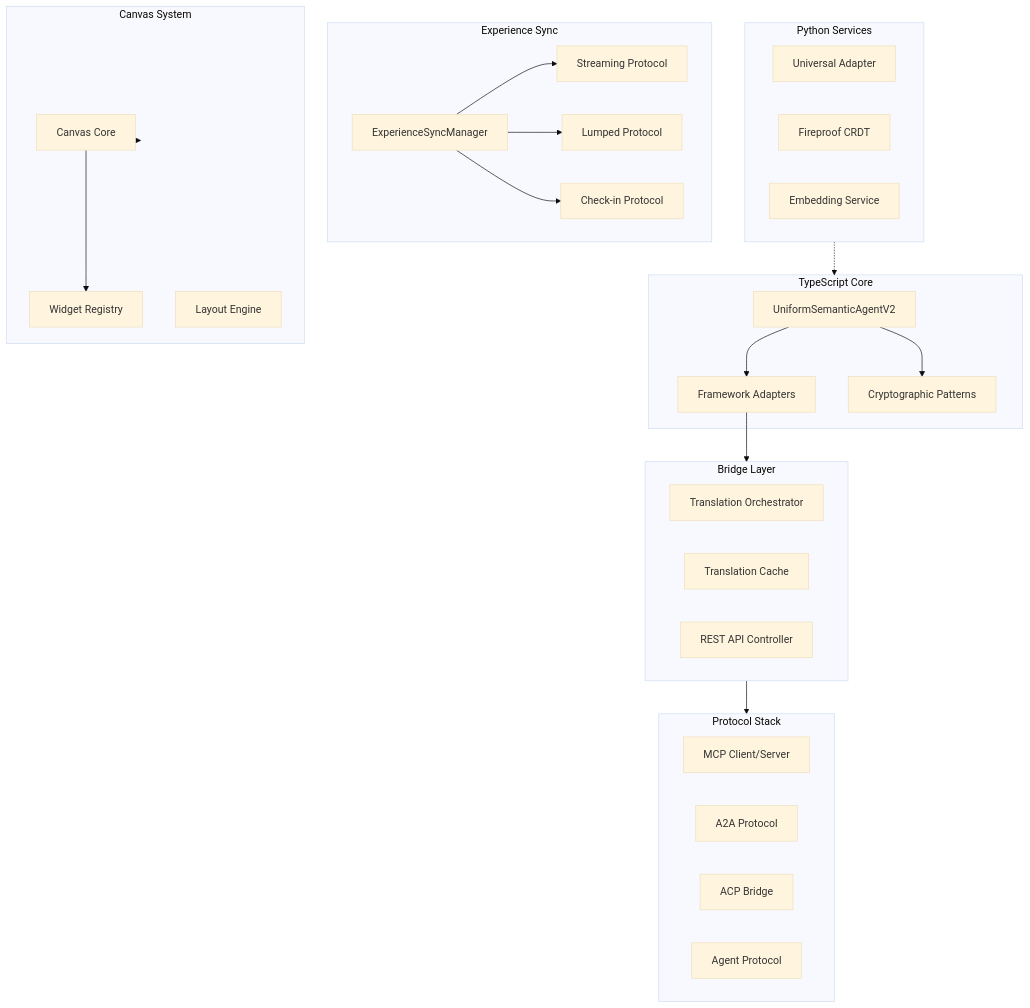
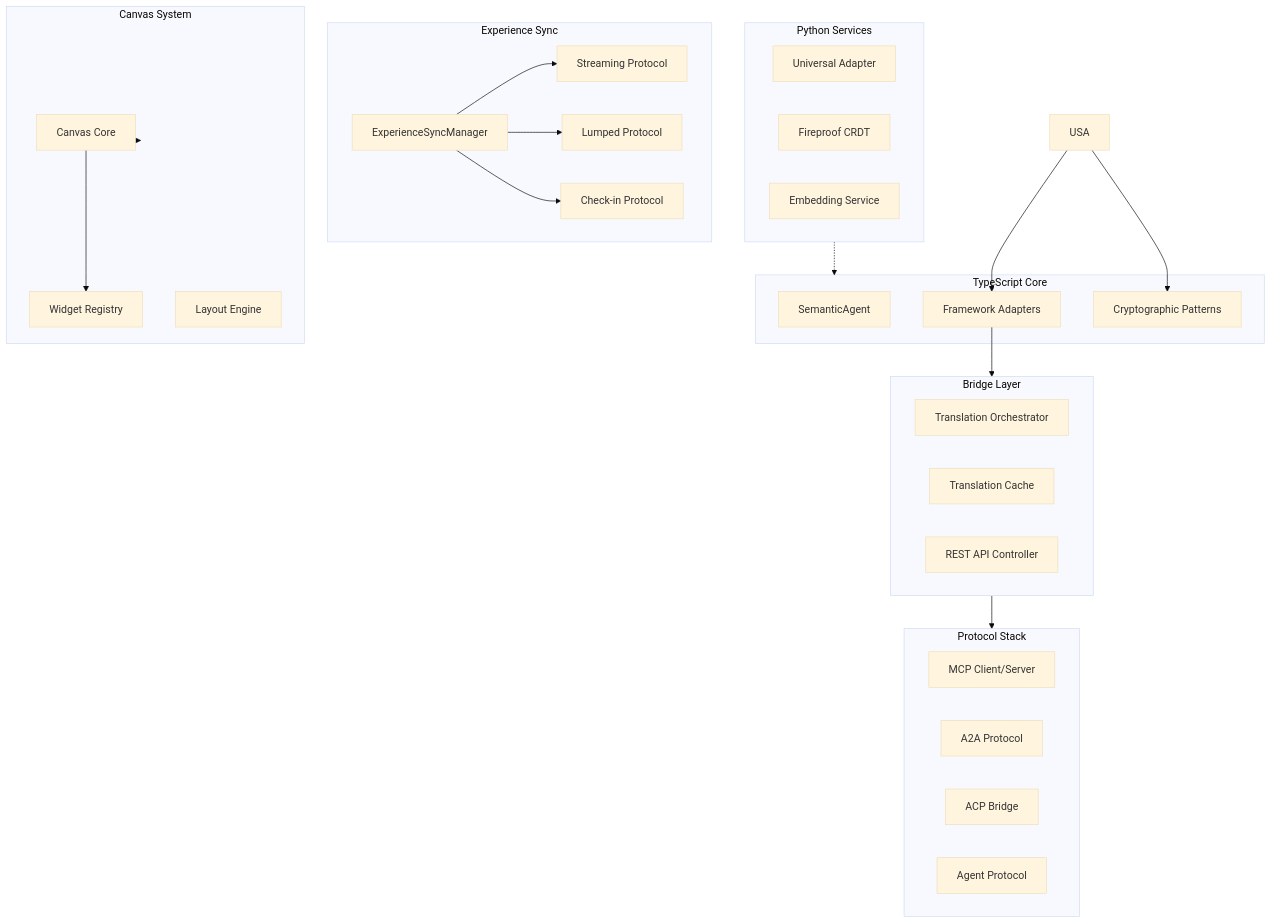
Before and after one commit to Replicant-Partners/Chrysalis: the second of 2 diagrams in README.md, drawn with Mermaid (base theme). The commit also changed other lines of this file and 1 other file, not shown here.

First line of the commit message:
docs: update naming to SemanticAgent throughout documentation

````diff
--- a/README.md
+++ b/README.md
@@ -203,51 +205,51 @@
 ```mermaid
 flowchart TB
     subgraph Core[TypeScript Core]
-        USA[UniformSemanticAgentV2]
+        SA[SemanticAgent]
         Adapters[Framework Adapters]
         Patterns[Cryptographic Patterns]
     end
 
     subgraph Bridge[Bridge Layer]
         Orchestrator[Translation Orchestrator]
         Cache[Translation Cache]
         API[REST API Controller]
     end
 
     subgraph Protocols[Protocol Stack]
         MCP[MCP Client/Server]
         A2A[A2A Protocol]
         ACP[ACP Bridge]
         AP[Agent Protocol]
     end
 
     subgraph Sync[Experience Sync]
         ESM[ExperienceSyncManager]
         Streaming[Streaming Protocol]
         Lumped[Lumped Protocol]
         CheckIn[Check-in Protocol]
     end
 
     subgraph Python[Python Services]
         UA[Universal Adapter]
         FP[Fireproof CRDT]
         EMB[Embedding Service]
     end
 
     subgraph Canvas[Canvas System]
         Core_C[Canvas Core]
         Widgets[Widget Registry]
         Layout[Layout Engine]
     end
 
     USA --> Adapters
     USA --> Patterns
     Adapters --> Bridge
     Bridge --> Protocols
     ESM --> Streaming
     ESM --> Lumped
     ESM --> CheckIn
     Canvas --> Core_C
     Core_C --> Widgets
     Python -.-> Core
 ```
````
